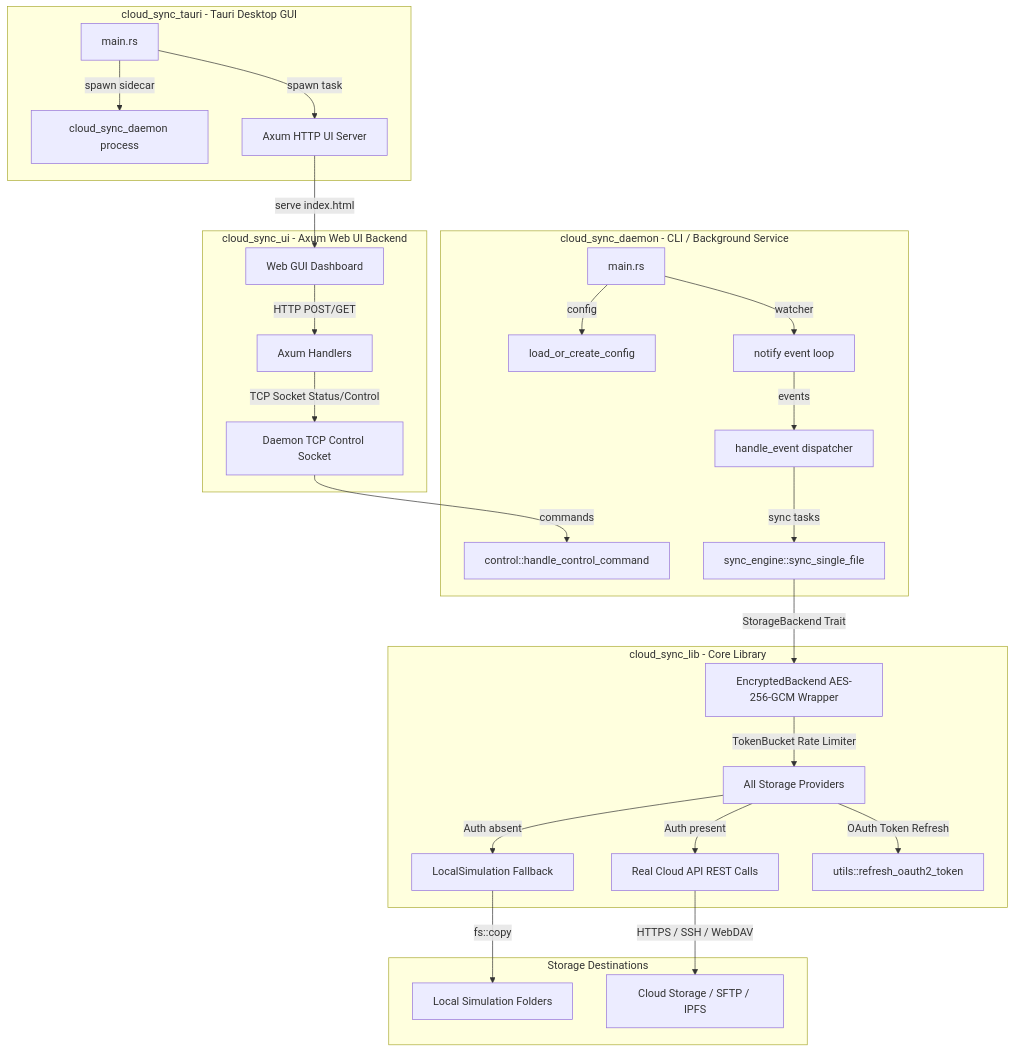
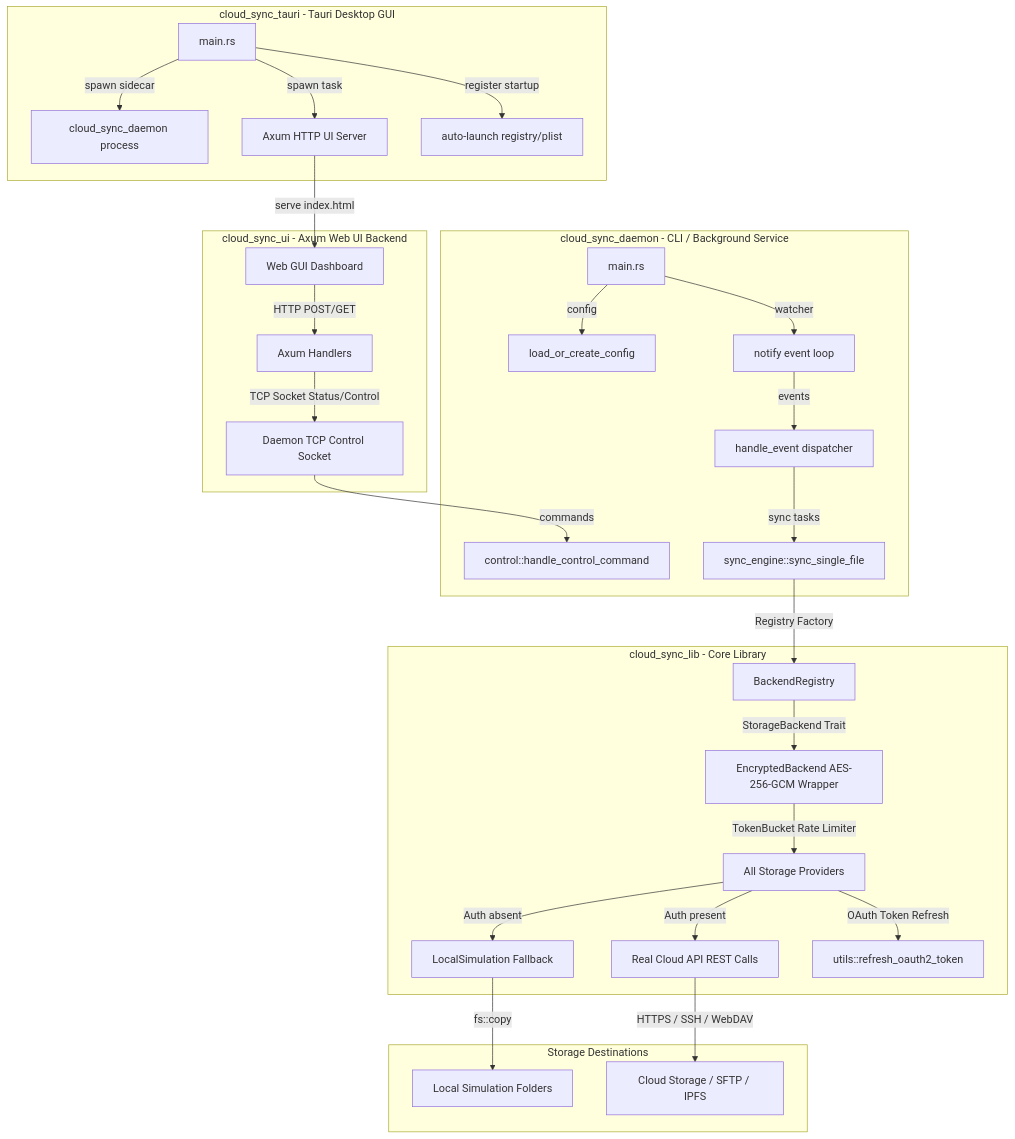
Before and after one commit to clockworkengineer/cloud_sync_lib: the diagram in docs/architecture.md, drawn with Mermaid. The commit also changed other lines of this file and 4 other files, not shown here.

Commit message:
Documentation: Update all workspace READMEs and architecture guide

````diff
--- a/docs/architecture.md
+++ b/docs/architecture.md
@@ -11,36 +11,38 @@
 ```mermaid
 graph TD
     subgraph cloud_sync_tauri [cloud_sync_tauri - Tauri Desktop GUI]
         tauri_main[main.rs] -->|spawn sidecar| daemon_bin[cloud_sync_daemon process]
         tauri_main -->|spawn task| ui_server[Axum HTTP UI Server]
+        tauri_main -->|register startup| auto_launch[auto-launch registry/plist]
     end
 
     subgraph cloud_sync_ui [cloud_sync_ui - Axum Web UI Backend]
         ui_server -->|serve index.html| web_dashboard[Web GUI Dashboard]
         web_dashboard -->|HTTP POST/GET| ui_handlers[Axum Handlers]
         ui_handlers -->|TCP Socket Status/Control| daemon_socket[Daemon TCP Control Socket]
     end
 
     subgraph cloud_sync_daemon [cloud_sync_daemon - CLI / Background Service]
         daemon_socket -->|commands| control_loop[control::handle_control_command]
         main[main.rs] -->|config| load_config[load_or_create_config]
         main -->|watcher| notify[notify event loop]
         notify -->|events| handle_event[handle_event dispatcher]
         handle_event -->|sync tasks| sync_engine[sync_engine::sync_single_file]
     end
 
     subgraph cloud_sync_lib [cloud_sync_lib - Core Library]
-        sync_engine -->|StorageBackend Trait| enc_wrapper[EncryptedBackend AES-256-GCM Wrapper]
+        sync_engine -->|Registry Factory| registry[BackendRegistry]
+        registry -->|StorageBackend Trait| enc_wrapper[EncryptedBackend AES-256-GCM Wrapper]
         enc_wrapper -->|TokenBucket Rate Limiter| providers[All Storage Providers]
         
         providers -->|Auth absent| local_sim[LocalSimulation Fallback]
         providers -->|Auth present| real_api[Real Cloud API REST Calls]
         
         providers -->|OAuth Token Refresh| utils[utils::refresh_oauth2_token]
     end
 
     subgraph Storage [Storage Destinations]
         local_sim -->|fs::copy| sim_dirs[Local Simulation Folders]
         real_api -->|HTTPS / SSH / WebDAV| cloud_storage[Cloud Storage / SFTP / IPFS]
     end
 ```
````
